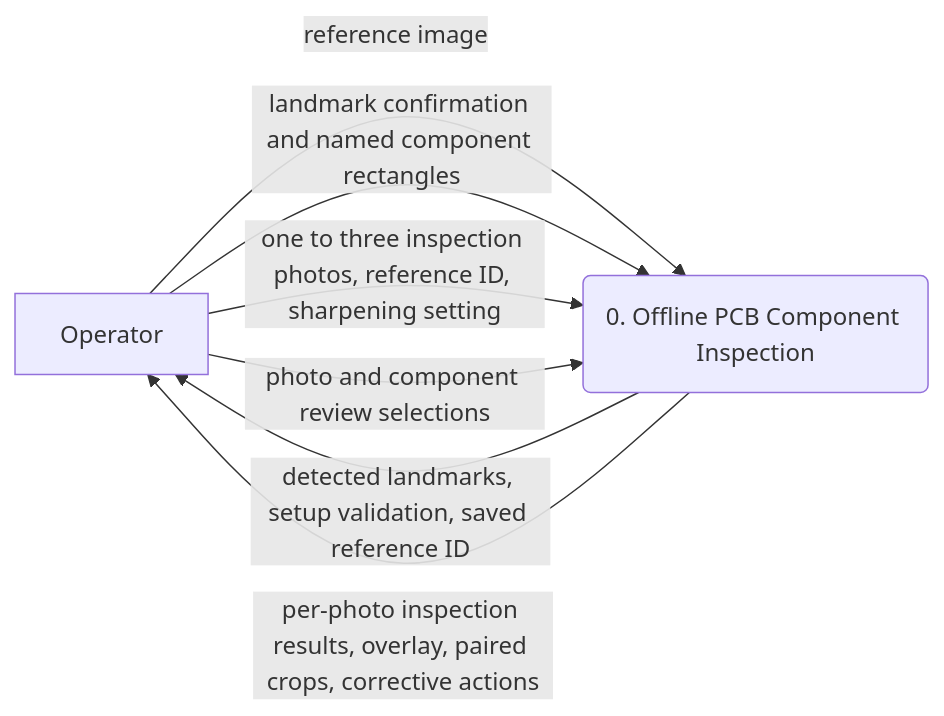
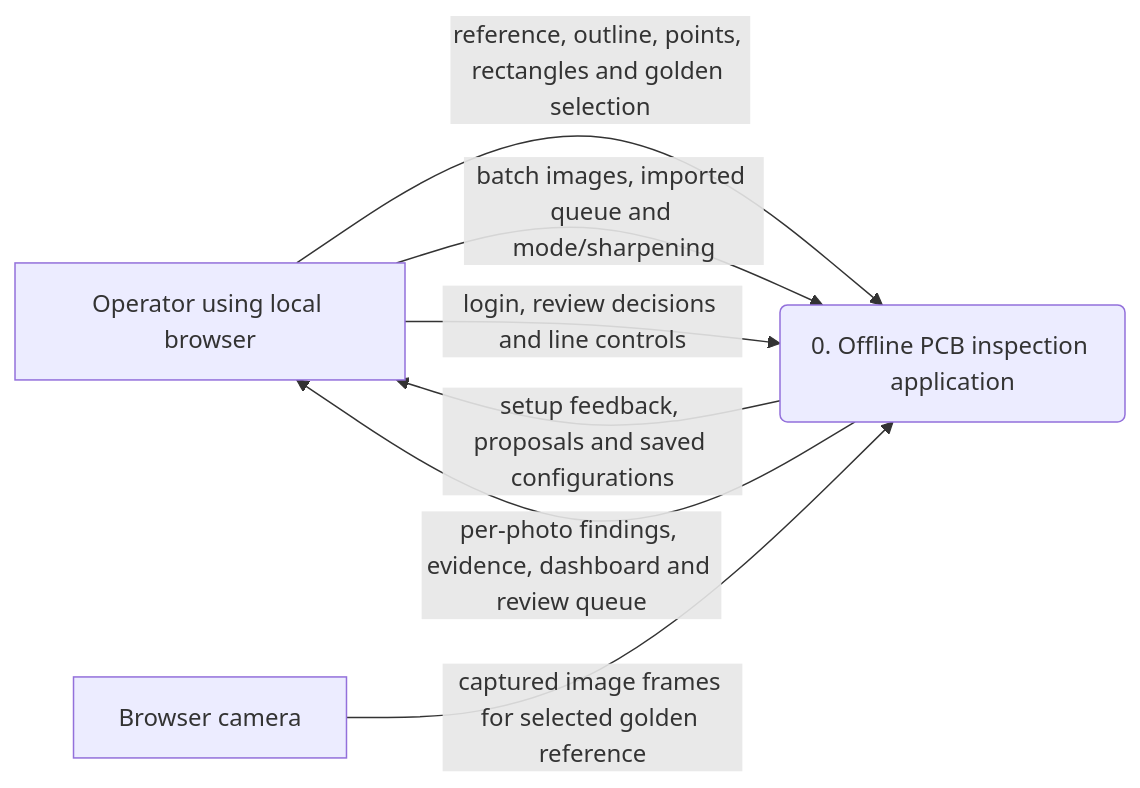
Before and after one commit to DataDetective-Neel/IndustryAI_Project: the first of 3 diagrams in docs/specs/DFD.md, drawn with Mermaid. The commit also changed other lines of this file and 50 other files, not shown here.

````diff
--- a/docs/specs/DFD.md
+++ b/docs/specs/DFD.md
@@ -41,12 +20,12 @@
 ```mermaid
 flowchart LR
-    O["Operator"]
-    S("0. Offline PCB Component Inspection")
-
-    O -->|"reference image"| S
-    O -->|"landmark confirmation and named component rectangles"| S
-    O -->|"one to three inspection photos, reference ID, sharpening setting"| S
-    O -->|"photo and component review selections"| S
-    S -->|"detected landmarks, setup validation, saved reference ID"| O
-    S -->|"per-photo inspection results, overlay, paired crops, corrective actions"| O
+    O["Operator using local browser"]
+    C["Browser camera"]
+    S("0. Offline PCB inspection application")
+    O -->|"reference, outline, points, rectangles and golden selection"| S
+    O -->|"batch images, imported queue and mode/sharpening"| S
+    O -->|"login, review decisions and line controls"| S
+    C -->|"captured image frames for selected golden reference"| S
+    S -->|"setup feedback, proposals and saved configurations"| O
+    S -->|"per-photo findings, evidence, dashboard and review queue"| O
 ```
````
